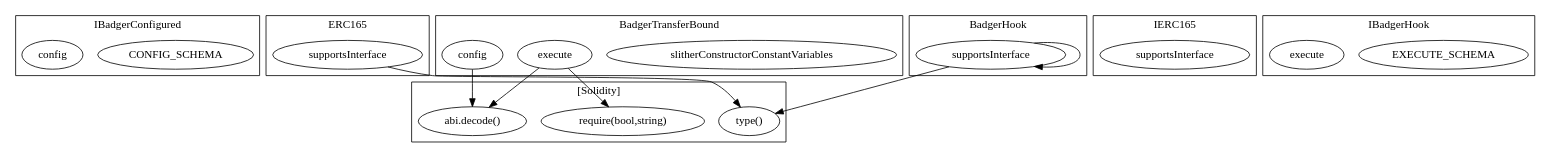
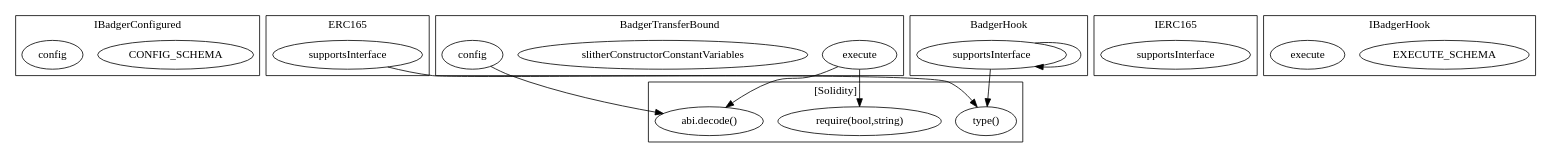
One commit to FlipsideCrypto/badger changed the diagram in contracts/build/...BadgerTransferBound.call-graph.dot. Above: the diagram before and after it, drawn with Graphviz. The commit also changed other lines of this file and 21 other files, not shown here.

```diff
--- a/contracts/build/...BadgerTransferBound.call-graph.dot
+++ b/contracts/build/...BadgerTransferBound.call-graph.dot
@@ -1,36 +1,36 @@
 strict digraph {
 subgraph cluster_6468_IBadgerConfigured {
 label = "IBadgerConfigured"
 "6468_CONFIG_SCHEMA" [label="CONFIG_SCHEMA"]
 "6468_config" [label="config"]
 }subgraph cluster_3081_ERC165 {
 label = "ERC165"
 "3081_supportsInterface" [label="supportsInterface"]
 }subgraph cluster_3093_IERC165 {
 label = "IERC165"
 "3093_supportsInterface" [label="supportsInterface"]
 }subgraph cluster_6488_IBadgerHook {
 label = "IBadgerHook"
 "6488_EXECUTE_SCHEMA" [label="EXECUTE_SCHEMA"]
 "6488_execute" [label="execute"]
 }subgraph cluster_6200_BadgerTransferBound {
 label = "BadgerTransferBound"
+"6200_execute" [label="execute"]
 "6200_slitherConstructorConstantVariables" [label="slitherConstructorConstantVariables"]
-"6200_execute" [label="execute"]
 "6200_config" [label="config"]
 }subgraph cluster_4956_BadgerHook {
 label = "BadgerHook"
 "4956_supportsInterface" [label="supportsInterface"]
 "4956_supportsInterface" -> "4956_supportsInterface"
 }subgraph cluster_solidity {
 label = "[Solidity]"
 "abi.decode()" 
 "require(bool,string)" 
 "type()" 
+"6200_config" -> "abi.decode()"
+"4956_supportsInterface" -> "type()"
+"6200_execute" -> "abi.decode()"
+"6200_execute" -> "require(bool,string)"
 "3081_supportsInterface" -> "type()"
-"4956_supportsInterface" -> "type()"
-"6200_config" -> "abi.decode()"
-"6200_execute" -> "require(bool,string)"
-"6200_execute" -> "abi.decode()"
 }
 }
```
